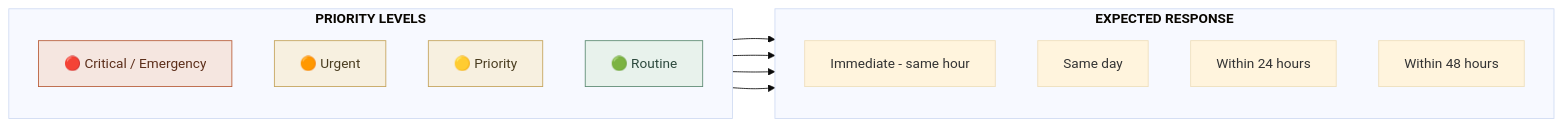
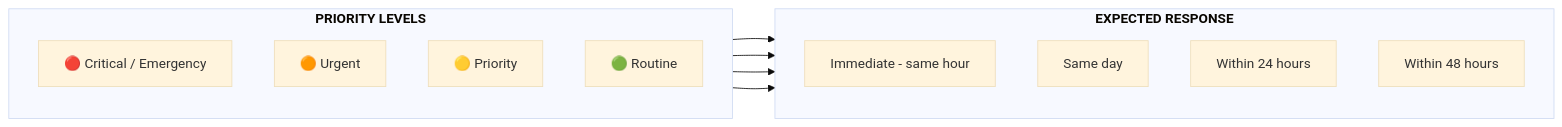
One commit to manaaki-tech/manaakicare-docs changed the fourth of 8 diagrams in docs/getting-started/workflow-overview.mdx. Above: the diagram before and after it, drawn with Mermaid (base theme). The commit also changed other lines of this file and 4 other files, not shown here.

````diff
--- a/docs/getting-started/workflow-overview.mdx
+++ b/docs/getting-started/workflow-overview.mdx
@@ -164,28 +153,24 @@
 ```mermaid
 flowchart LR
     subgraph priorities["<b>PRIORITY LEVELS</b>"]
         direction TB
         critical["🔴 Critical / Emergency"]
         urgent["🟠 Urgent"]
         priority["🟡 Priority"]
         routine["🟢 Routine"]
     end
 
     subgraph response["<b>EXPECTED RESPONSE</b>"]
         direction TB
         r1["Immediate - same hour"]
         r2["Same day"]
         r3["Within 24 hours"]
         r4["Within 48 hours"]
     end
 
     critical --> r1
     urgent --> r2
     priority --> r3
     routine --> r4
 
-    style critical fill:#F5E6E0,stroke:#B85C38,color:#5C2E1A
-    style urgent fill:#F7F0E0,stroke:#C4A35A,color:#4A3D20
-    style priority fill:#F7F0E0,stroke:#C4A35A,color:#4A3D20
-    style routine fill:#E8F2EC,stroke:#5C8A72,color:#2D4A3E
 ```
````
